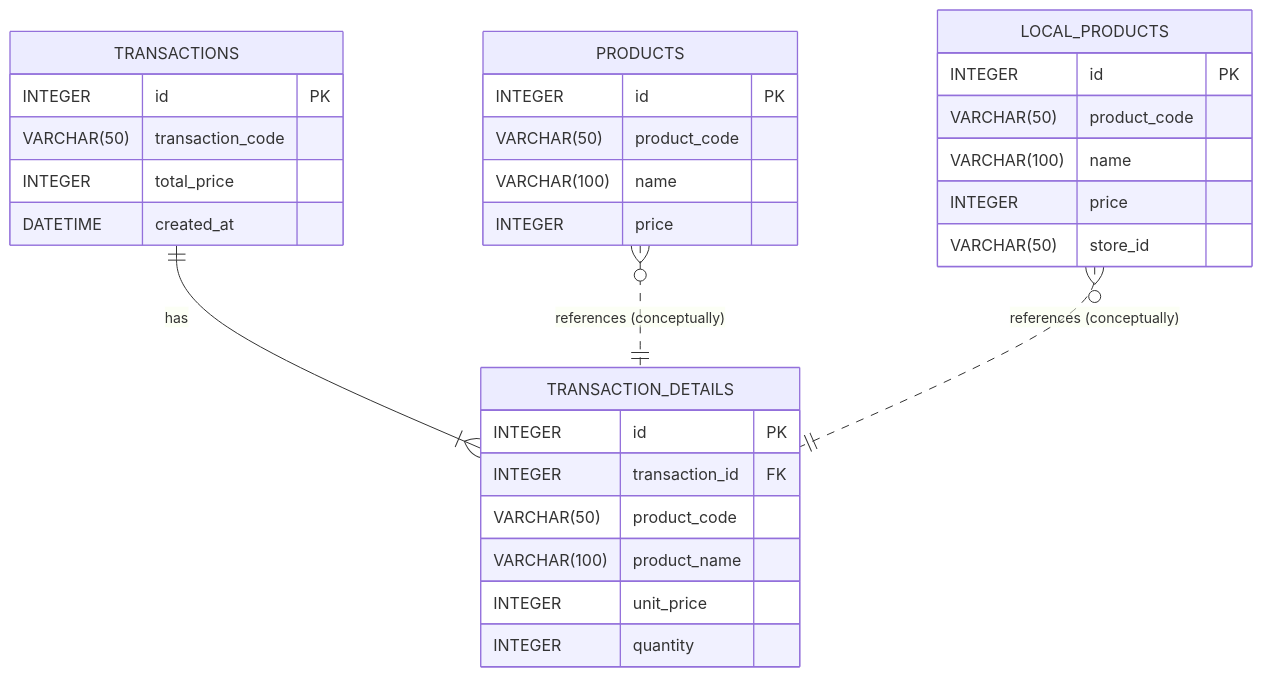
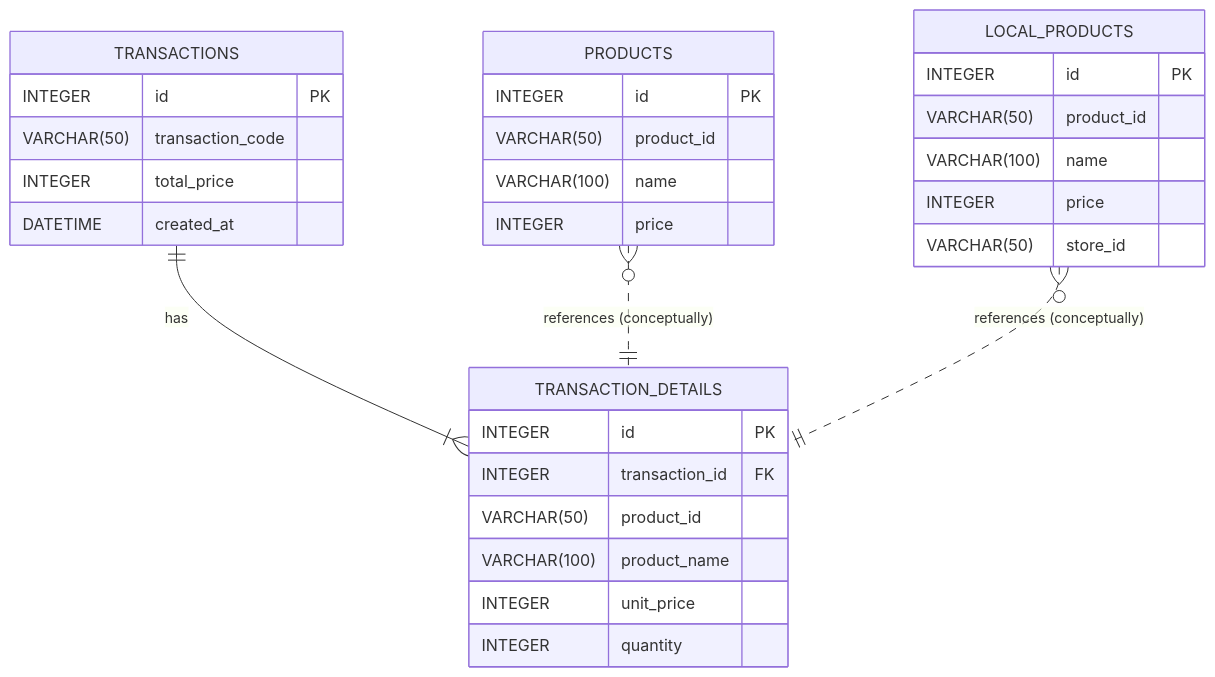
Before and after one commit to joelgoldschmidt0214/tech0-gen10-step4-pos_hase: the diagram in LV3/public/docs/03_Database_Schema.md, drawn with Mermaid. The commit also changed other lines of this file and 12 other files, not shown here.

````diff
--- a/LV3/public/docs/03_Database_Schema.md
+++ b/LV3/public/docs/03_Database_Schema.md
@@ -10,37 +10,37 @@
 ```mermaid
 erDiagram
     TRANSACTIONS {
         INTEGER id PK
         VARCHAR(50) transaction_code
         INTEGER total_price
         DATETIME created_at
     }
 
     TRANSACTION_DETAILS {
         INTEGER id PK
         INTEGER transaction_id FK
-        VARCHAR(50) product_code
+        VARCHAR(50) product_id
         VARCHAR(100) product_name
         INTEGER unit_price
         INTEGER quantity
     }
 
     PRODUCTS {
         INTEGER id PK
-        VARCHAR(50) product_code
+        VARCHAR(50) product_id
         VARCHAR(100) name
         INTEGER price
     }
 
     LOCAL_PRODUCTS {
         INTEGER id PK
-        VARCHAR(50) product_code
+        VARCHAR(50) product_id
         VARCHAR(100) name
         INTEGER price
         VARCHAR(50) store_id
     }
 
     TRANSACTIONS ||--|{ TRANSACTION_DETAILS : "has"
     PRODUCTS }o..|| TRANSACTION_DETAILS : "references (conceptually)"
     LOCAL_PRODUCTS }o..|| TRANSACTION_DETAILS : "references (conceptually)"
 ```
````
